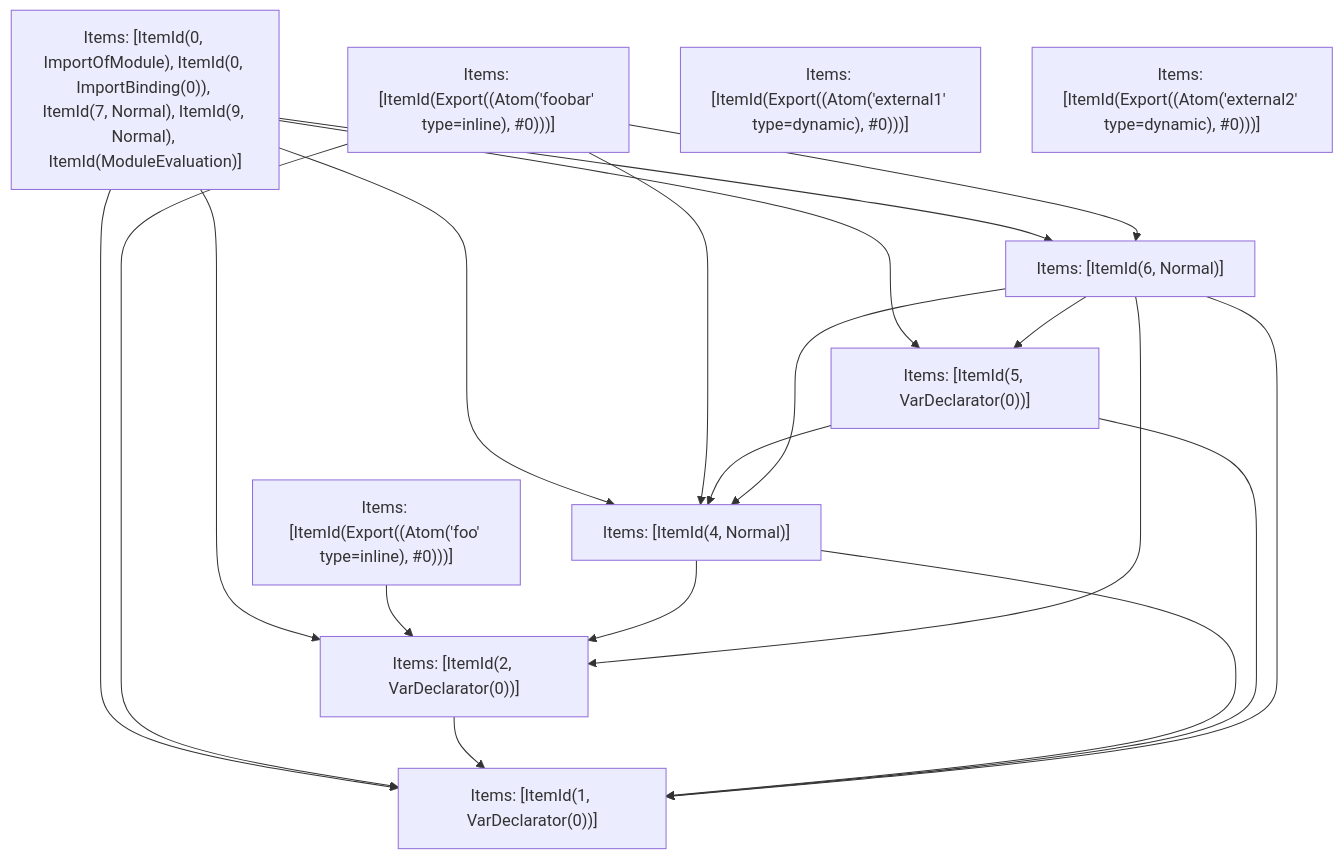
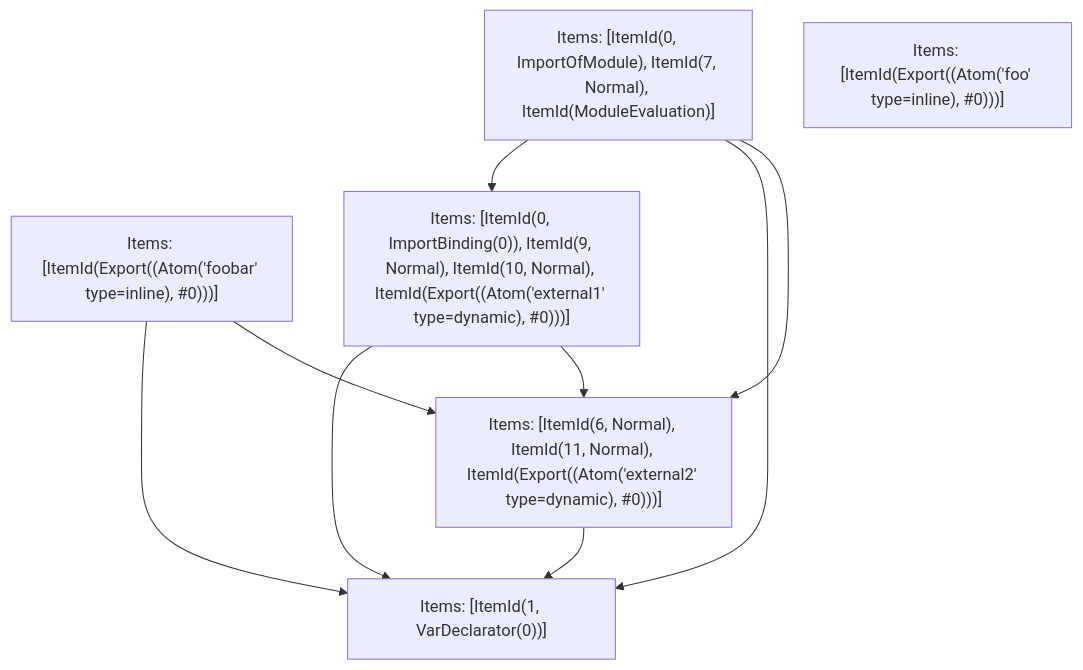
Before and after one commit to vercel/turborepo: the fifth of 5 diagrams in crates/turbopack-ecmascript/tests/tree-shaker/analyzer/1/output.md, drawn with Mermaid. The commit also changed other lines of this file and 3 other files, not shown here.

````diff
--- a/crates/turbopack-ecmascript/tests/tree-shaker/analyzer/1/output.md
+++ b/crates/turbopack-ecmascript/tests/tree-shaker/analyzer/1/output.md
@@ -341,31 +341,17 @@
 ```mermaid
 graph TD
-    N0["Items: [ItemId(0, ImportOfModule), ItemId(0, ImportBinding(0)), ItemId(7, Normal), ItemId(9, Normal), ItemId(ModuleEvaluation)]"];
+    N0["Items: [ItemId(0, ImportOfModule), ItemId(7, Normal), ItemId(ModuleEvaluation)]"];
     N1["Items: [ItemId(Export((Atom('foobar' type=inline), #0)))]"];
     N2["Items: [ItemId(Export((Atom('foo' type=inline), #0)))]"];
-    N3["Items: [ItemId(Export((Atom('external1' type=dynamic), #0)))]"];
-    N4["Items: [ItemId(Export((Atom('external2' type=dynamic), #0)))]"];
+    N3["Items: [ItemId(0, ImportBinding(0)), ItemId(9, Normal), ItemId(10, Normal), ItemId(Export((Atom('external1' type=dynamic), #0)))]"];
+    N4["Items: [ItemId(6, Normal), ItemId(11, Normal), ItemId(Export((Atom('external2' type=dynamic), #0)))]"];
     N5["Items: [ItemId(1, VarDeclarator(0))]"];
-    N6["Items: [ItemId(2, VarDeclarator(0))]"];
-    N7["Items: [ItemId(4, Normal)]"];
-    N8["Items: [ItemId(5, VarDeclarator(0))]"];
-    N9["Items: [ItemId(6, Normal)]"];
-    N0 --> N8;
+    N0 --> N3;
     N0 --> N5;
-    N0 --> N7;
-    N0 --> N9;
-    N0 --> N6;
+    N0 --> N4;
     N1 --> N5;
-    N1 --> N7;
-    N1 --> N9;
-    N2 --> N6;
-    N6 --> N5;
-    N7 --> N5;
-    N7 --> N6;
-    N8 --> N5;
-    N8 --> N7;
-    N9 --> N5;
-    N9 --> N7;
-    N9 --> N6;
-    N9 --> N8;
+    N1 --> N4;
+    N3 --> N5;
+    N3 --> N4;
+    N4 --> N5;
 ```
````
